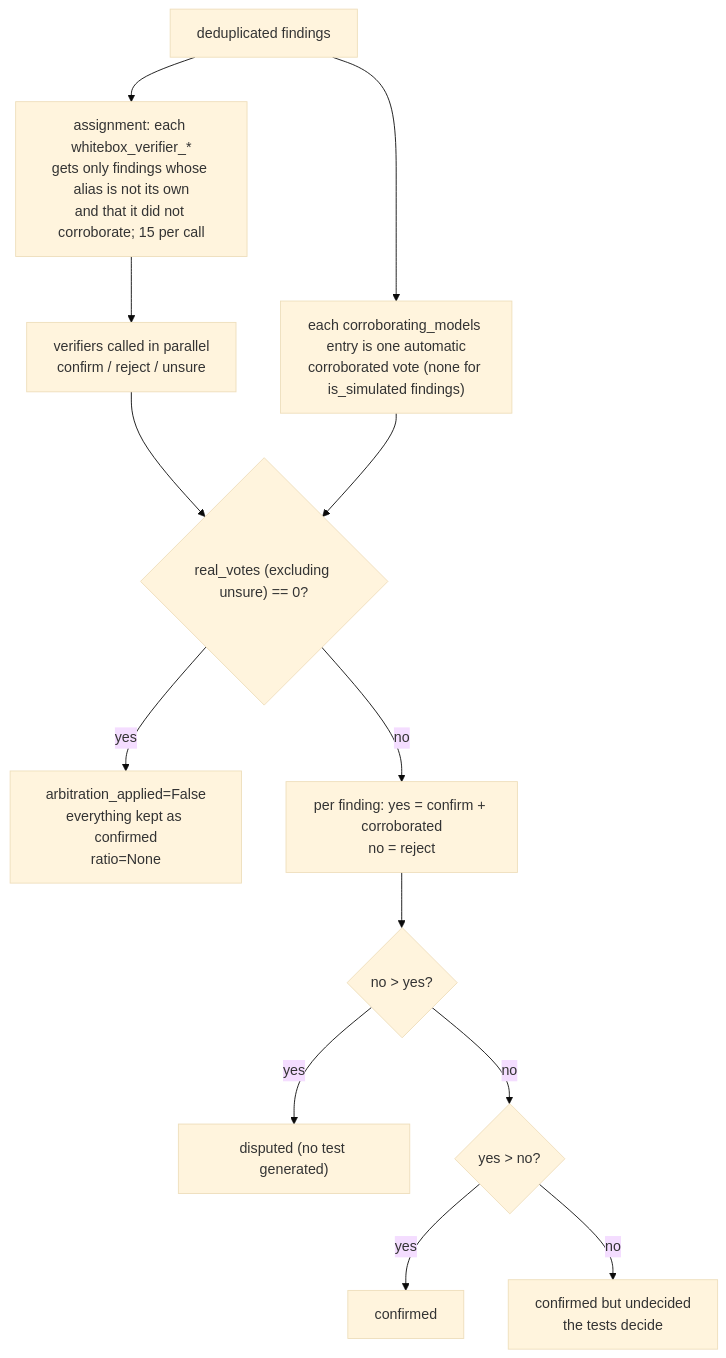
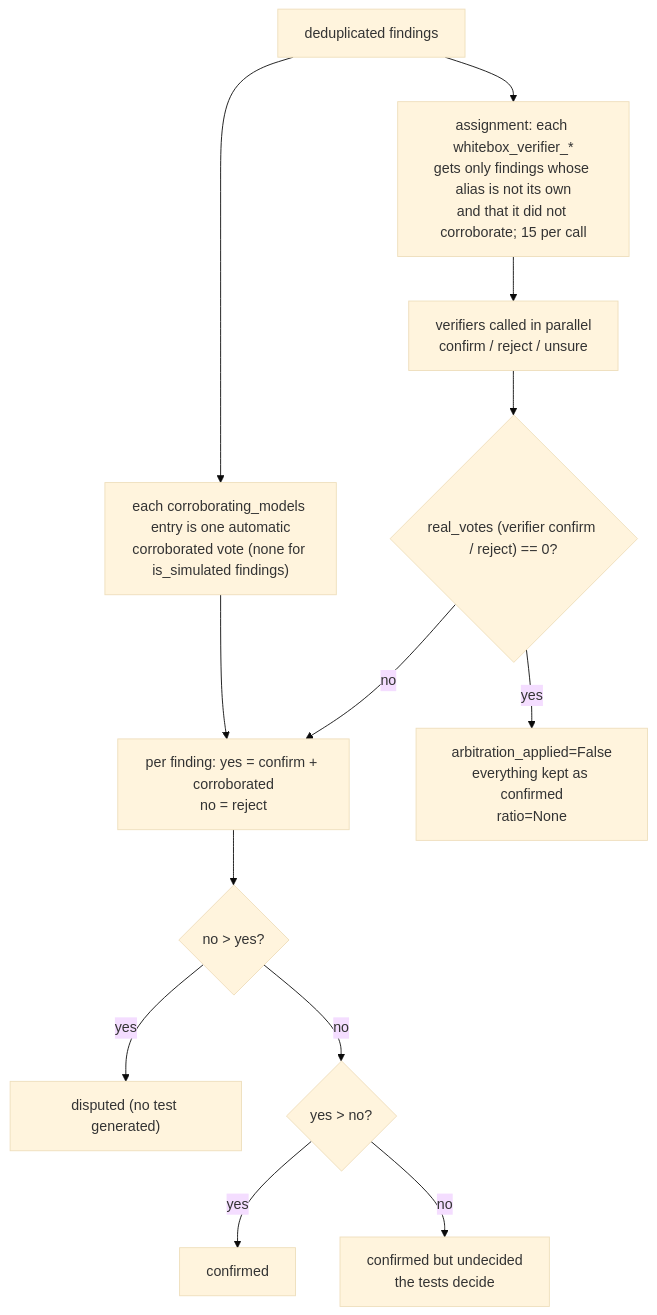
One commit to chinchiang/MultiAgentGama changed the second of 3 diagrams in docs/design.en.md. Above: the diagram before and after it, drawn with Mermaid (base theme). The commit also changed other lines of this file and 8 other files, not shown here.

````diff
--- a/docs/design.en.md
+++ b/docs/design.en.md
@@ -332,15 +335,15 @@
 ```mermaid
 flowchart TD
     F["deduplicated findings"] --> ASSIGN["assignment: each whitebox_verifier_*<br/>gets only findings whose alias is not its own<br/>and that it did not corroborate; 15 per call"]
     ASSIGN --> VOTE["verifiers called in parallel<br/>confirm / reject / unsure"]
     F --> CORR["each corroborating_models entry is one automatic<br/>corroborated vote (none for is_simulated findings)"]
-    VOTE --> REAL{"real_votes (excluding unsure) == 0?"}
-    CORR --> REAL
+    VOTE --> REAL{"real_votes (verifier confirm / reject) == 0?"}
+    CORR --> TALLY
     REAL -- yes --> NA["arbitration_applied=False<br/>everything kept as confirmed<br/>ratio=None"]
     REAL -- no --> TALLY["per finding: yes = confirm + corroborated<br/>no = reject"]
     TALLY --> D{"no > yes?"}
     D -- yes --> DIS["disputed (no test generated)"]
     D -- no --> C{"yes > no?"}
     C -- yes --> CONF["confirmed"]
     C -- no --> UND["confirmed but undecided<br/>the tests decide"]
 ```
````
